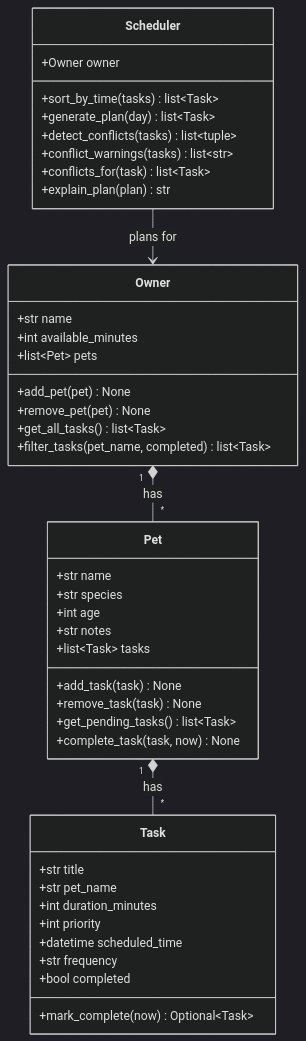
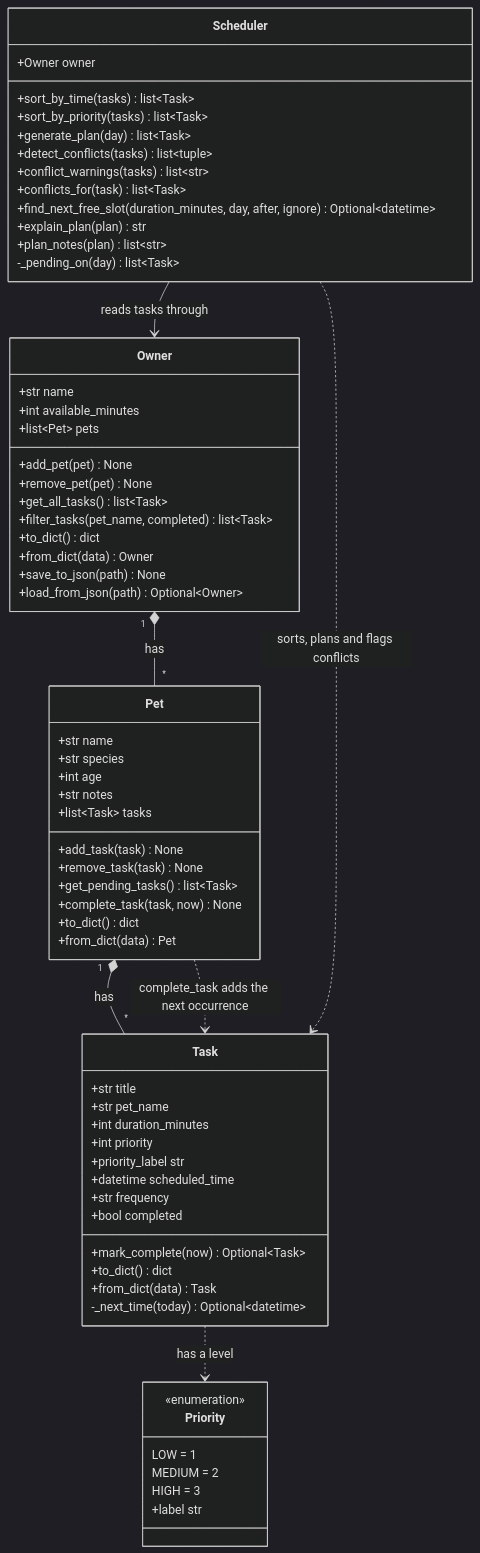
The diagram in diagrams/uml.mmd (bior-m16/ai110-module2show-pawpal-starter), drawn with Mermaid (dark theme) before and after one commit. The commit also changed 12 other files, not shown here.

First line of the commit message:
feat: add free-slot finder, persistence, priority scheduling and formatted output

```diff
--- a/diagrams/uml.mmd
+++ b/diagrams/uml.mmd
@@ -1,47 +1,79 @@
 classDiagram
+    %% Final design. Task, Pet and Owner are dataclasses; Scheduler is a plain class.
+    %% priority: higher number = more urgent (1 low, 2 medium, 3 high).
+    %% frequency: "once", "daily" or "weekly".
+    %% Scheduler.sort_by_time is a static method; from_dict and load_from_json are class methods.
+    %% to_dict/from_dict turn objects into plain dicts for the data.json file.
+    %% formatting.py (badges, emojis, tabulate tables) sits outside these classes and only displays tasks.
+
+    class Priority {
+        <<enumeration>>
+        LOW = 1
+        MEDIUM = 2
+        HIGH = 3
+        +label str
+    }
+
     class Owner {
         +str name
         +int available_minutes
         +list~Pet~ pets
         +add_pet(pet) None
         +remove_pet(pet) None
         +get_all_tasks() list~Task~
         +filter_tasks(pet_name, completed) list~Task~
+        +to_dict() dict
+        +from_dict(data) Owner
+        +save_to_json(path) None
+        +load_from_json(path) Optional~Owner~
     }
 
     class Pet {
         +str name
         +str species
         +int age
         +str notes
         +list~Task~ tasks
         +add_task(task) None
         +remove_task(task) None
         +get_pending_tasks() list~Task~
         +complete_task(task, now) None
+        +to_dict() dict
+        +from_dict(data) Pet
     }
 
     class Task {
         +str title
         +str pet_name
         +int duration_minutes
         +int priority
+        +priority_label str
         +datetime scheduled_time
         +str frequency
         +bool completed
         +mark_complete(now) Optional~Task~
+        +to_dict() dict
+        +from_dict(data) Task
+        -_next_time(today) Optional~datetime~
     }
 
     class Scheduler {
         +Owner owner
         +sort_by_time(tasks) list~Task~
+        +sort_by_priority(tasks) list~Task~
         +generate_plan(day) list~Task~
         +detect_conflicts(tasks) list~tuple~
         +conflict_warnings(tasks) list~str~
         +conflicts_for(task) list~Task~
+        +find_next_free_slot(duration_minutes, day, after, ignore) Optional~datetime~
         +explain_plan(plan) str
+        +plan_notes(plan) list~str~
+        -_pending_on(day) list~Task~
     }
 
     Owner "1" *-- "*" Pet : has
     Pet "1" *-- "*" Task : has
-    Scheduler --> Owner : plans for
+    Pet ..> Task : complete_task adds the next occurrence
+    Scheduler --> Owner : reads tasks through
+    Scheduler ..> Task : sorts, plans and flags conflicts
+    Task ..> Priority : has a level
```
